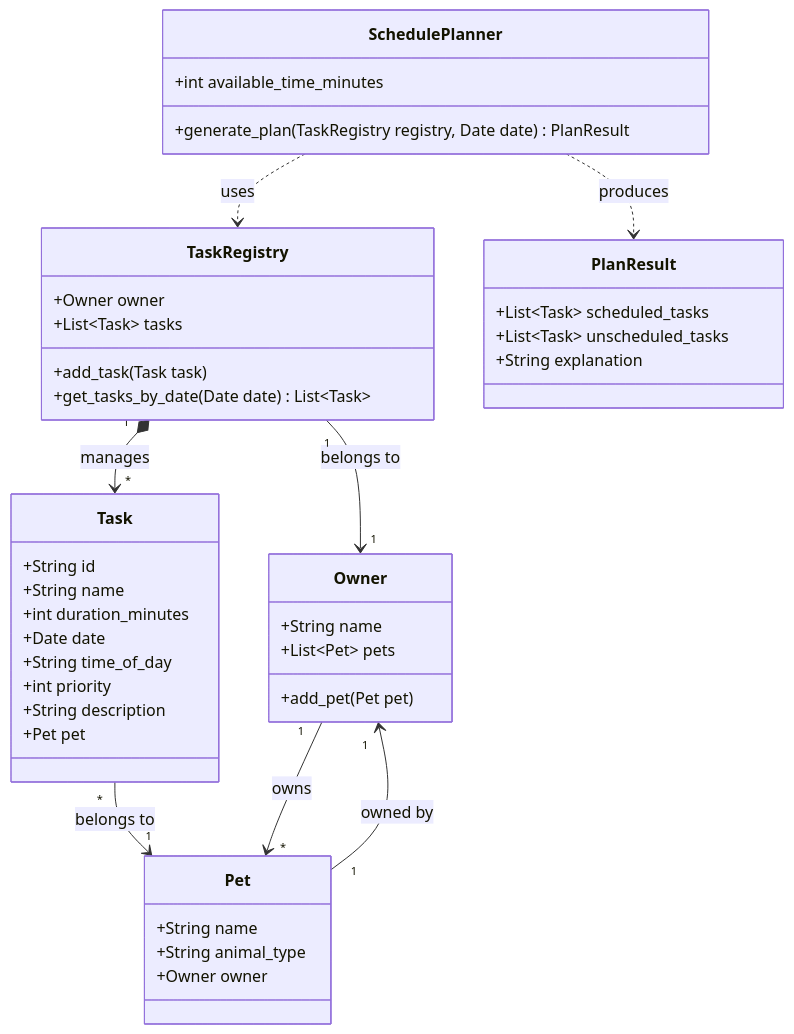
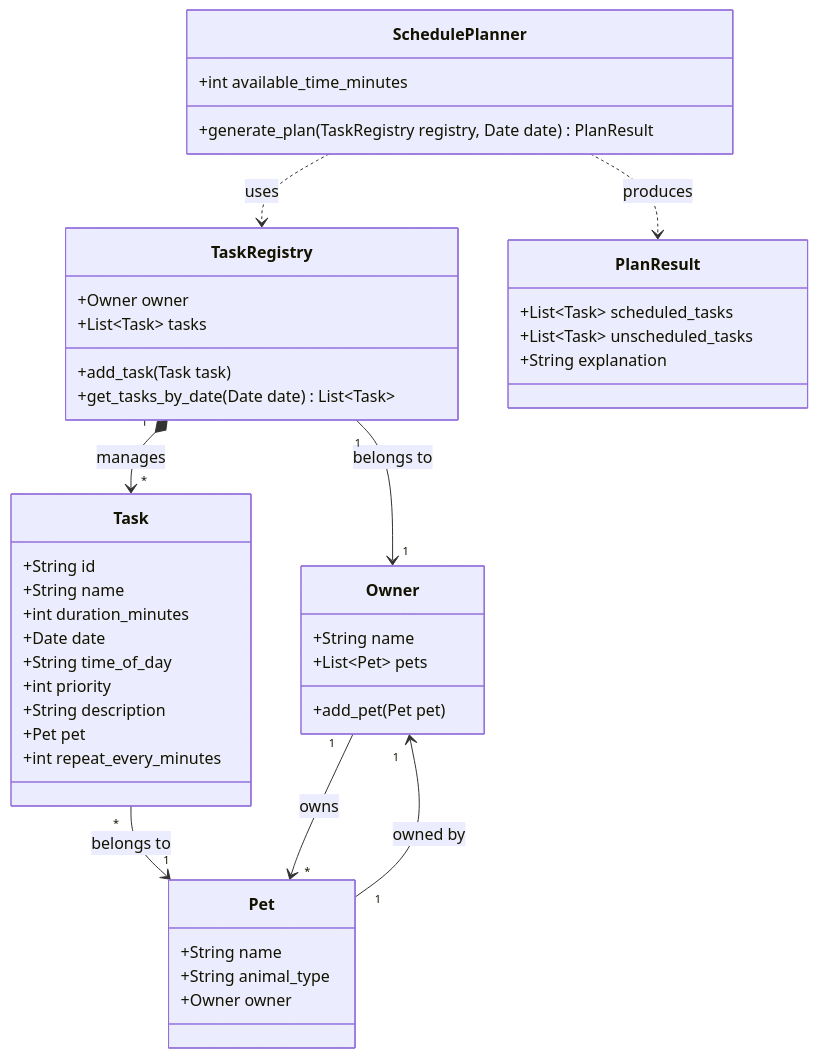
Before and after one commit to Einksul/ai110-module2show-pawpal-starter: the diagram in UML.md, drawn with Mermaid. The commit also changed 2 other files, not shown here.

Commit message:
basic obj functs

````diff
--- a/UML.md
+++ b/UML.md
@@ -3,52 +3,53 @@
 ```mermaid
 classDiagram
     class Owner {
         +String name
         +List~Pet~ pets
         +add_pet(Pet pet)
     }
 
     class Pet {
         +String name
         +String animal_type
         +Owner owner
     }
 
     class TaskRegistry {
         +Owner owner
         +List~Task~ tasks
         +add_task(Task task)
         +get_tasks_by_date(Date date) List~Task~
     }
 
     class Task {
         +String id
         +String name
         +int duration_minutes
         +Date date
         +String time_of_day
         +int priority
         +String description
         +Pet pet
+        +int repeat_every_minutes
     }
 
     %% Suggested Additions for Scheduling Logic
     class SchedulePlanner {
         +int available_time_minutes
         +generate_plan(TaskRegistry registry, Date date) PlanResult
     }
 
     class PlanResult {
         +List~Task~ scheduled_tasks
         +List~Task~ unscheduled_tasks
         +String explanation
     }
 
     Owner "1" --> "*" Pet : owns
     Pet "1" --> "1" Owner : owned by
     TaskRegistry "1" *--> "*" Task : manages
     TaskRegistry "1" --> "1" Owner : belongs to
     Task "*" --> "1" Pet : belongs to
     SchedulePlanner ..> TaskRegistry : uses
     SchedulePlanner ..> PlanResult : produces
 ```
````
